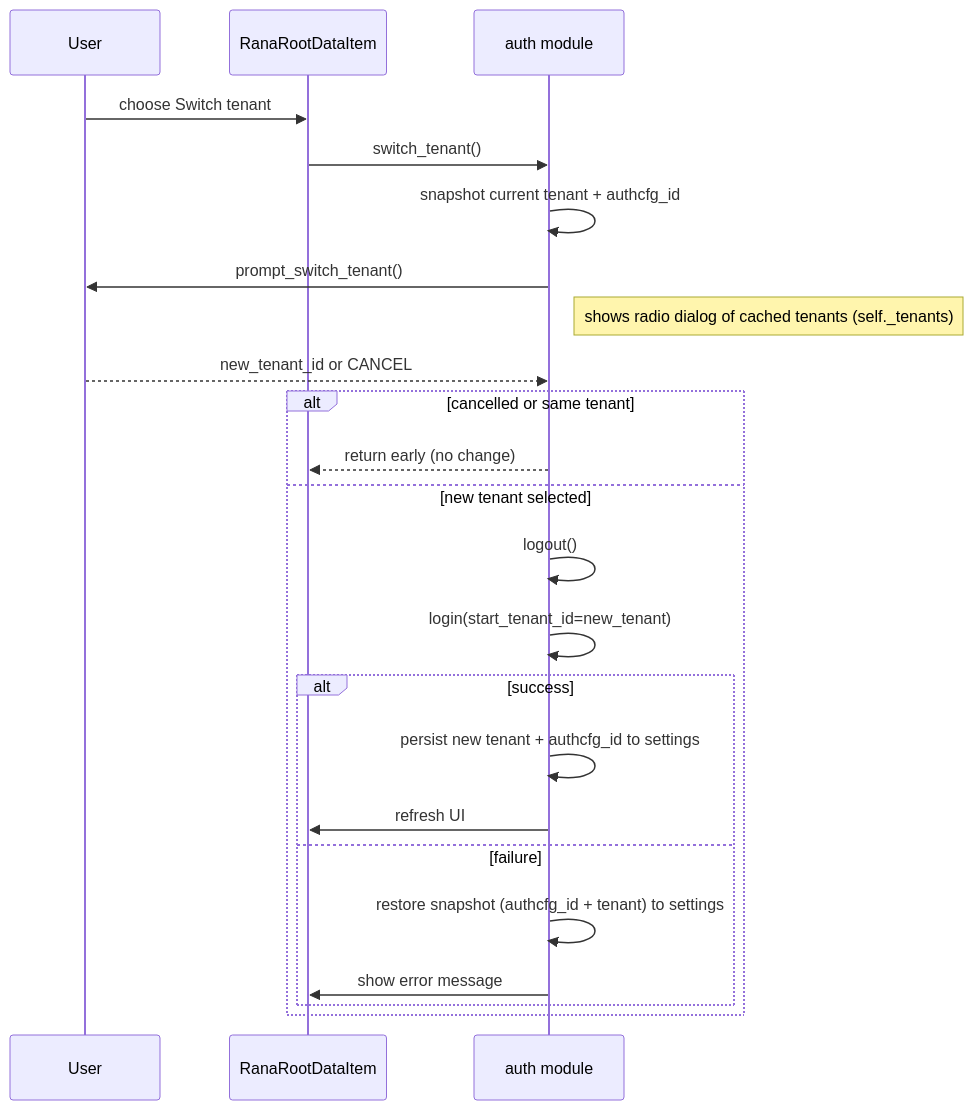
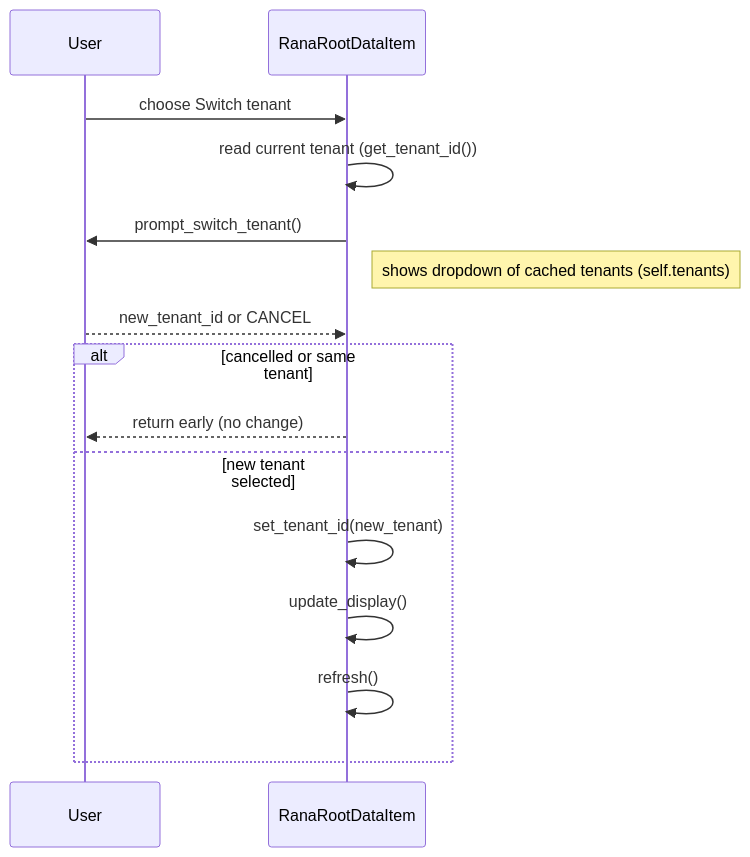
Before and after one commit to nens/rana-qgis-plugin: the third of 3 diagrams in doc/auth_flow.md, drawn with Mermaid. The commit also changed other lines of this file and 1 other file, not shown here.

Commit message:
Do not logout on tenant switch

````diff
--- a/doc/auth_flow.md
+++ b/doc/auth_flow.md
@@ -97,26 +97,18 @@
 ```mermaid
 sequenceDiagram
     participant User
     participant Browser as RanaRootDataItem
-    participant Auth as auth module
 
     User->>Browser: choose Switch tenant
-    Browser->>Auth: switch_tenant()
-    Auth->>Auth: snapshot current tenant + authcfg_id
-    Auth->>User: prompt_switch_tenant()  
-    Note right of Auth: shows radio dialog of cached tenants (self._tenants)
-    User-->>Auth: new_tenant_id or CANCEL
+    Browser->>Browser: read current tenant (get_tenant_id())
+    Browser->>User: prompt_switch_tenant()
+    Note right of Browser: shows dropdown of cached tenants (self.tenants)
+    User-->>Browser: new_tenant_id or CANCEL
     alt cancelled or same tenant
-        Auth-->>Browser: return early (no change)
+        Browser-->>User: return early (no change)
     else new tenant selected
-        Auth->>Auth: logout()  
-        Auth->>Auth: login(start_tenant_id=new_tenant)  
-        alt success
-            Auth->>Auth: persist new tenant + authcfg_id to settings
-            Auth->>Browser: refresh UI
-        else failure
-            Auth->>Auth: restore snapshot (authcfg_id + tenant) to settings
-            Auth->>Browser: show error message
-        end
+        Browser->>Browser: set_tenant_id(new_tenant)
+        Browser->>Browser: update_display()
+        Browser->>Browser: refresh()
     end
 ```
````
